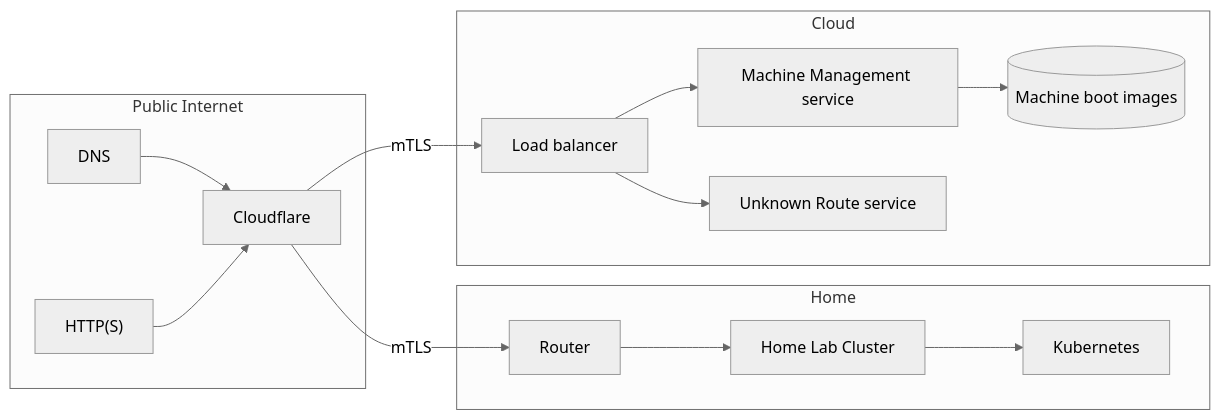
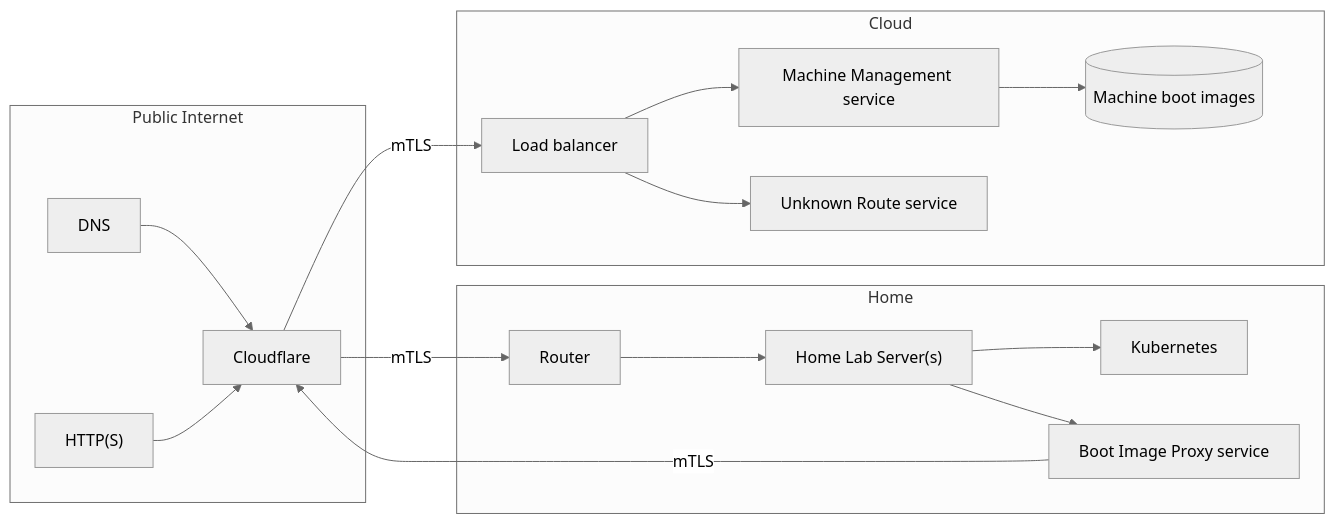
One commit to Zaba505/infra changed the first of 2 diagrams in README.md. Above: the diagram before and after it, drawn with Mermaid (neutral theme).

Commit message:
docs(issue-69): include boot image proxy in architecture diagram

````diff
--- a/README.md
+++ b/README.md
@@ -3,33 +3,36 @@
 ```mermaid
 flowchart LR
 
     dns["DNS"]
     https["HTTP(S)"]
     cloudflare["Cloudflare"]
     homeRouter["Router"]
-    homeLab["Home Lab Cluster"]
+    homeLab["Home Lab Server(s)"]
+    imageProxy["Boot Image Proxy service"]
     k8s["Kubernetes"]
     loadBalancer["Load balancer"]
     bootImages[("Machine boot images")]
     imageService["Machine Management service"]
     sinkService["Unknown Route service"]
 
     subgraph a [Public Internet]
         dns --> cloudflare
         https --> cloudflare
     end
 
     subgraph one [Home]
         homeRouter --> homeLab
         homeLab --> k8s
+        homeLab --> imageProxy
     end
 
     subgraph two [Cloud]
         loadBalancer --> imageService
         loadBalancer --> sinkService
         imageService --> bootImages
     end
 
     cloudflare -->|mTLS| loadBalancer
     cloudflare -->|mTLS| homeRouter
+    imageProxy --> |mTLS| cloudflare
 ```
````
